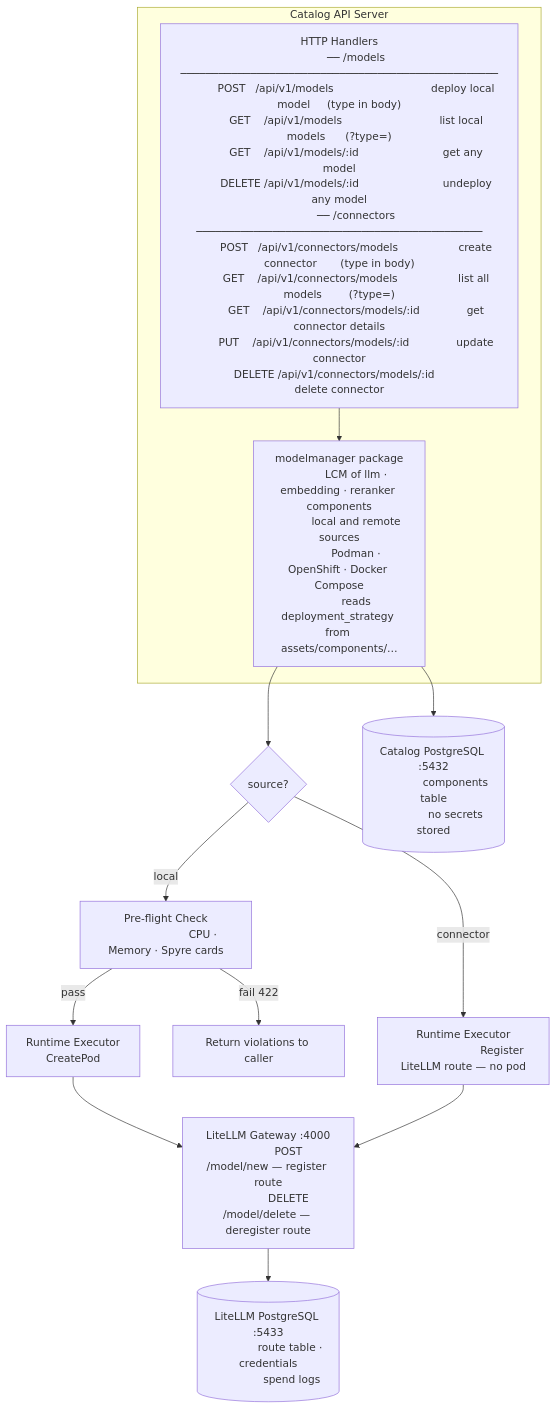
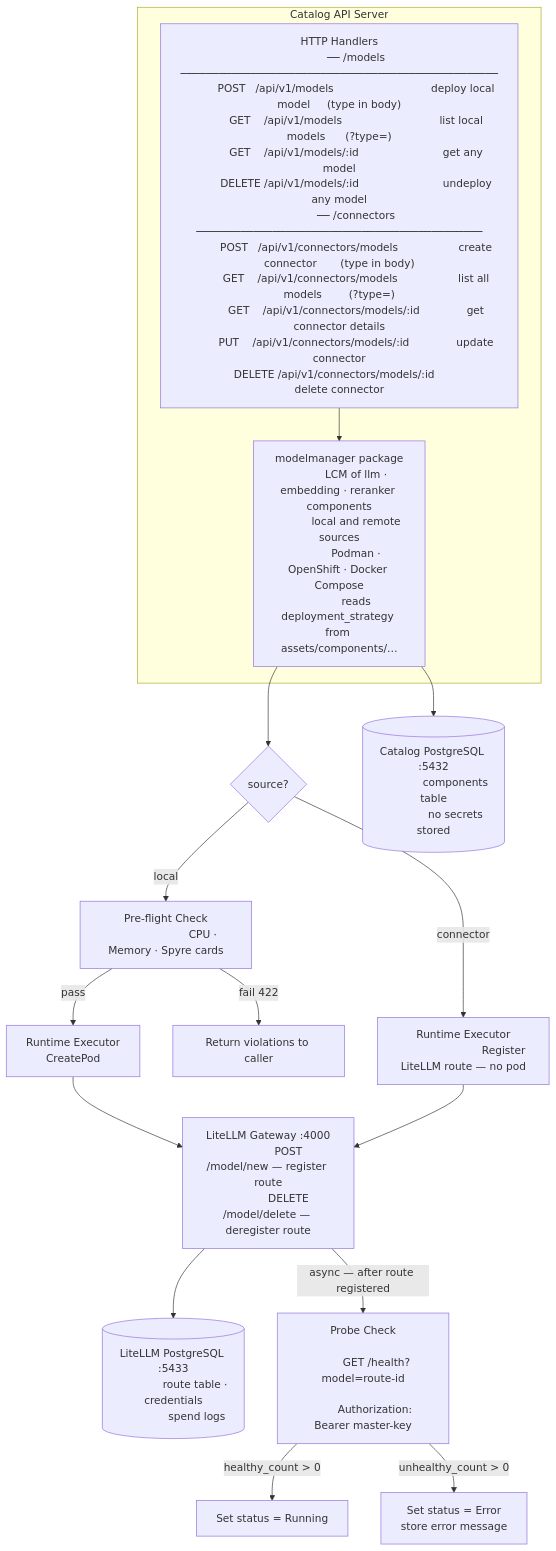
Before and after one commit to IBM/project-ai-services: the first of 3 diagrams in docs/proposals/catalog/model-management-proposal.md, drawn with Mermaid. The commit also changed other lines of this file, not shown here.

Commit message:
Health Probe + Deletion of Virtual keys

````diff
--- a/docs/proposals/catalog/model-management-proposal.md
+++ b/docs/proposals/catalog/model-management-proposal.md
@@ -104,49 +104,57 @@
 ```mermaid
 flowchart TD
     subgraph CatalogAPI["Catalog API Server"]
         A["HTTP Handlers
            ── /models ──────────────────────────────────────────────────
            POST   /api/v1/models                             deploy local model     (type in body)
            GET    /api/v1/models                             list local models      (?type=)
            GET    /api/v1/models/:id                         get any model
            DELETE /api/v1/models/:id                         undeploy any model
            ── /connectors ─────────────────────────────────────────────
            POST   /api/v1/connectors/models                  create connector       (type in body)
            GET    /api/v1/connectors/models                  list all models        (?type=)
            GET    /api/v1/connectors/models/:id              get connector details
            PUT    /api/v1/connectors/models/:id              update connector
            DELETE /api/v1/connectors/models/:id              delete connector"]
 
         B["modelmanager package
            LCM of llm · embedding · reranker components
            local and remote sources
            Podman · OpenShift · Docker Compose
            reads deployment_strategy from assets/components/…"]
 
         A --> B
     end
 
     B --> C{"source?"}
 
     C -->|local| D["Pre-flight Check
                        CPU · Memory · Spyre cards"]
     D -->|pass| E["Runtime Executor
-                   CreatePod"]
+                    CreatePod"]
     D -->|fail 422| F["Return violations to caller"]
 
     C -->|connector| G["Runtime Executor
-                        Register LiteLLM route — no pod"]
+                         Register LiteLLM route — no pod"]
 
     E --> H["LiteLLM Gateway :4000
              POST /model/new — register route
              DELETE /model/delete — deregister route"]
     G --> H
 
     H --> I[("LiteLLM PostgreSQL :5433
               route table · credentials
               spend logs")]
 
+    H -->|"async — after route registered"| P["Probe Check
+                                               GET /health?model=route-id
+                                               Authorization: Bearer master-key"]
+
+    P -->|"healthy_count > 0"| Q["Set status = Running"]
+    P -->|"unhealthy_count > 0"| R["Set status = Error
+                                    store error message"]
+
     B --> J[("Catalog PostgreSQL :5432
               components table
               no secrets stored")]
 ```
````
